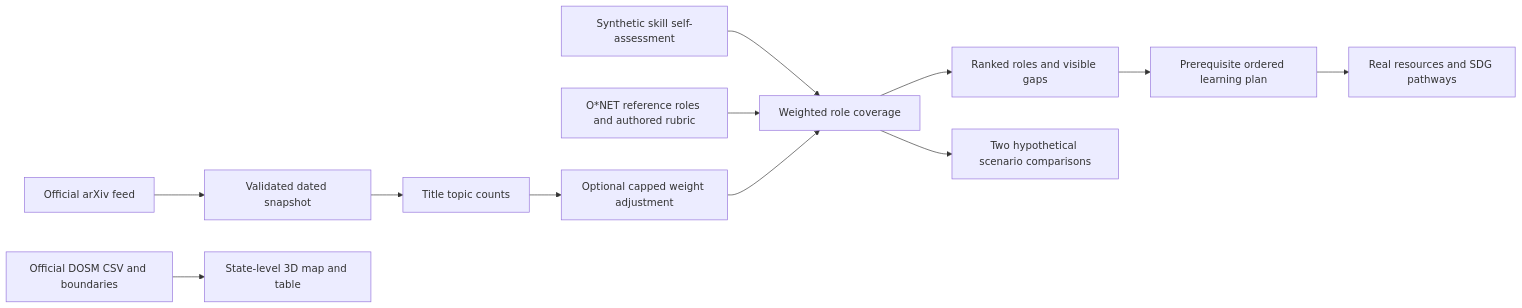
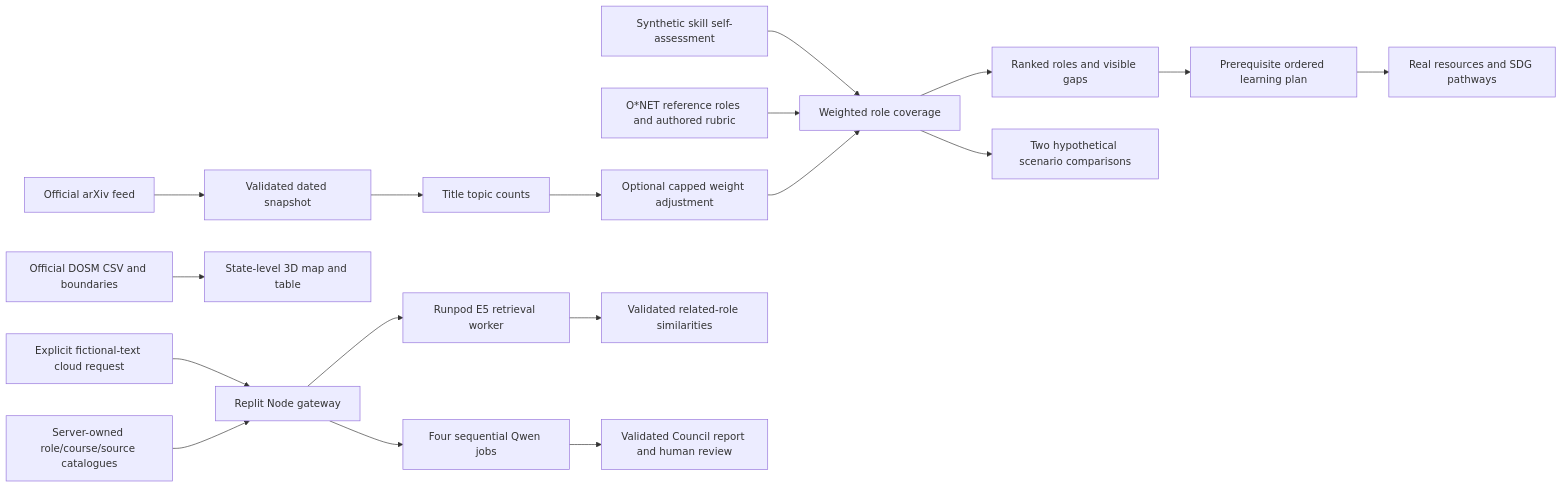
The diagram in docs/ARCHITECTURE.md (hzqfarhan/SDC2026-SELADEVSUTHM), drawn with Mermaid before and after one commit. The commit also changed other lines of this file and 36 other files, not shown here.

````diff
--- a/docs/ARCHITECTURE.md
+++ b/docs/ARCHITECTURE.md
@@ -7,14 +7,20 @@
 ```mermaid
 flowchart LR
   A[Official arXiv feed] --> B[Validated dated snapshot]
   B --> C[Title topic counts]
   C --> D[Optional capped weight adjustment]
   E[Synthetic skill self-assessment] --> F[Weighted role coverage]
   G[O*NET reference roles and authored rubric] --> F
   D --> F
   F --> H[Ranked roles and visible gaps]
   H --> I[Prerequisite ordered learning plan]
   I --> J[Real resources and SDG pathways]
   K[Official DOSM CSV and boundaries] --> L[State-level 3D map and table]
   F --> M[Two hypothetical scenario comparisons]
+  N[Explicit fictional-text cloud request] --> O[Replit Node gateway]
+  P[Server-owned role/course/source catalogues] --> O
+  O --> Q[Runpod E5 retrieval worker]
+  O --> R[Four sequential Qwen jobs]
+  Q --> S[Validated related-role similarities]
+  R --> T[Validated Council report and human review]
 ```
````
